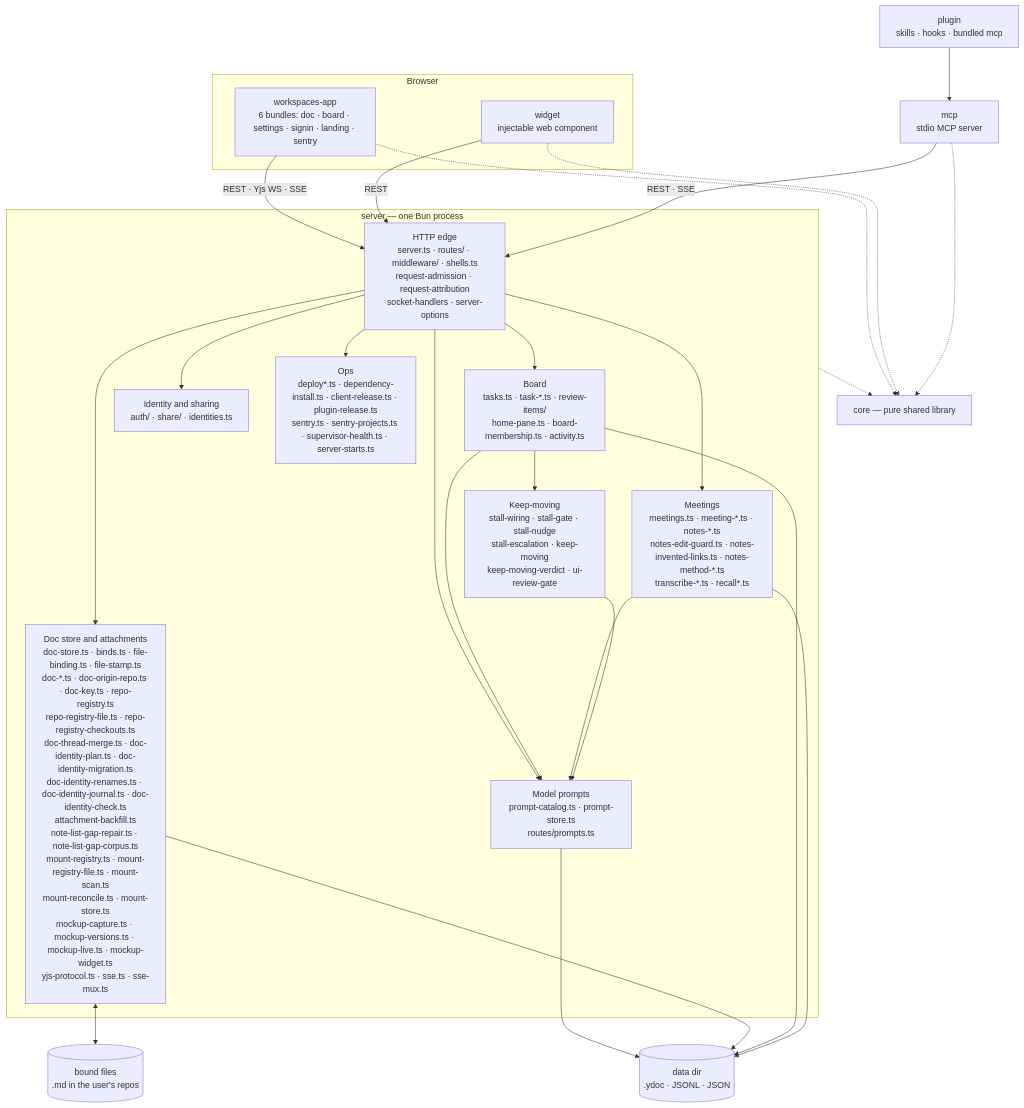
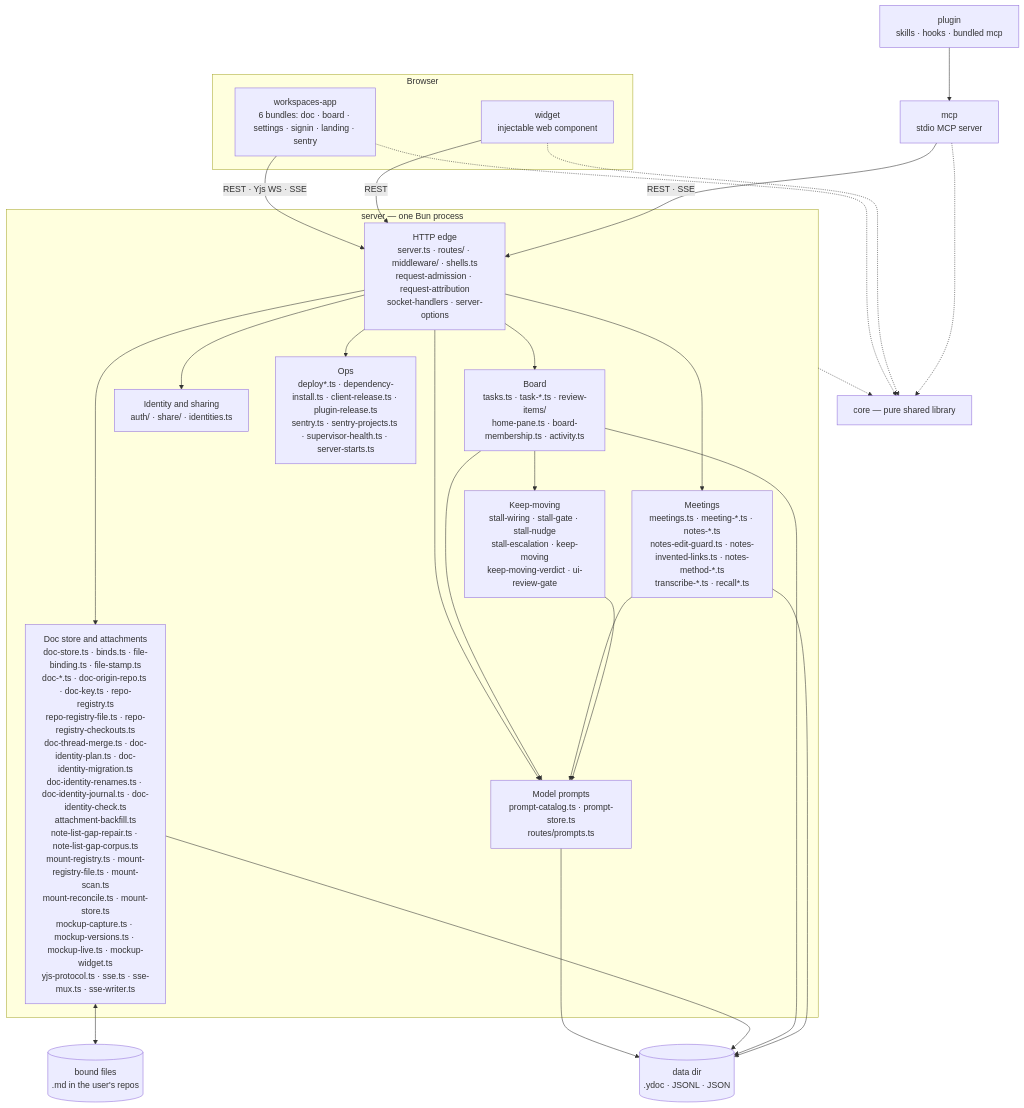
Before and after one commit to fryanpan/claude-workspaces-plugin: the first of 2 diagrams in docs/architecture/overview.md, drawn with Mermaid. The commit also changed other lines of this file and 4 other files, not shown here.

````diff
--- a/docs/architecture/overview.md
+++ b/docs/architecture/overview.md
@@ -45,35 +45,35 @@
 ```mermaid
 flowchart TB
   subgraph browser[Browser]
     app["workspaces-app<br/>6 bundles: doc · board · settings · signin · landing · sentry"]
     wid["widget<br/>injectable web component"]
   end
   plug["plugin<br/>skills · hooks · bundled mcp"]
   mcp["mcp<br/>stdio MCP server"]
   subgraph srv["server — one Bun process"]
     edge["HTTP edge<br/>server.ts · routes/ · middleware/ · shells.ts<br/>request-admission · request-attribution<br/>socket-handlers · server-options"]
-    docs["Doc store and attachments<br/>doc-store.ts · binds.ts · file-binding.ts · file-stamp.ts<br/>doc-*.ts · doc-origin-repo.ts · doc-key.ts · repo-registry.ts<br/>repo-registry-file.ts · repo-registry-checkouts.ts<br/>doc-thread-merge.ts · doc-identity-plan.ts · doc-identity-migration.ts<br/>doc-identity-renames.ts · doc-identity-journal.ts · doc-identity-check.ts<br/>attachment-backfill.ts<br/>note-list-gap-repair.ts · note-list-gap-corpus.ts<br/>mount-registry.ts · mount-registry-file.ts · mount-scan.ts<br/>mount-reconcile.ts · mount-store.ts<br/>mockup-capture.ts · mockup-versions.ts · mockup-live.ts · mockup-widget.ts<br/>yjs-protocol.ts · sse.ts · sse-mux.ts"]
+    docs["Doc store and attachments<br/>doc-store.ts · binds.ts · file-binding.ts · file-stamp.ts<br/>doc-*.ts · doc-origin-repo.ts · doc-key.ts · repo-registry.ts<br/>repo-registry-file.ts · repo-registry-checkouts.ts<br/>doc-thread-merge.ts · doc-identity-plan.ts · doc-identity-migration.ts<br/>doc-identity-renames.ts · doc-identity-journal.ts · doc-identity-check.ts<br/>attachment-backfill.ts<br/>note-list-gap-repair.ts · note-list-gap-corpus.ts<br/>mount-registry.ts · mount-registry-file.ts · mount-scan.ts<br/>mount-reconcile.ts · mount-store.ts<br/>mockup-capture.ts · mockup-versions.ts · mockup-live.ts · mockup-widget.ts<br/>yjs-protocol.ts · sse.ts · sse-mux.ts · sse-writer.ts"]
     board["Board<br/>tasks.ts · task-*.ts · review-items/<br/>home-pane.ts · board-membership.ts · activity.ts"]
     meet["Meetings<br/>meetings.ts · meeting-*.ts · notes-*.ts<br/>notes-edit-guard.ts · notes-invented-links.ts · notes-method-*.ts<br/>transcribe-*.ts · recall*.ts"]
     keep["Keep-moving<br/>stall-wiring · stall-gate · stall-nudge<br/>stall-escalation · keep-moving<br/>keep-moving-verdict · ui-review-gate"]
     ident["Identity and sharing<br/>auth/ · share/ · identities.ts"]
     prompts["Model prompts<br/>prompt-catalog.ts · prompt-store.ts<br/>routes/prompts.ts"]
     ops["Ops<br/>deploy*.ts · dependency-install.ts · client-release.ts · plugin-release.ts<br/>sentry.ts · sentry-projects.ts · supervisor-health.ts · server-starts.ts"]
   end
   core["core — pure shared library"]
   disk[("data dir<br/>.ydoc · JSONL · JSON")]
   files[("bound files<br/>.md in the user's repos")]
 
   app -->|"REST · Yjs WS · SSE"| edge
   wid -->|REST| edge
   plug --> mcp
   mcp -->|"REST · SSE"| edge
   edge --> docs & board & meet & ident & ops & prompts
   board & meet & keep --> prompts
   prompts --> disk
   board --> keep
   docs <--> files
   docs & board & meet --> disk
   app & wid & mcp -.-> core
   srv -.-> core
 ```
````
